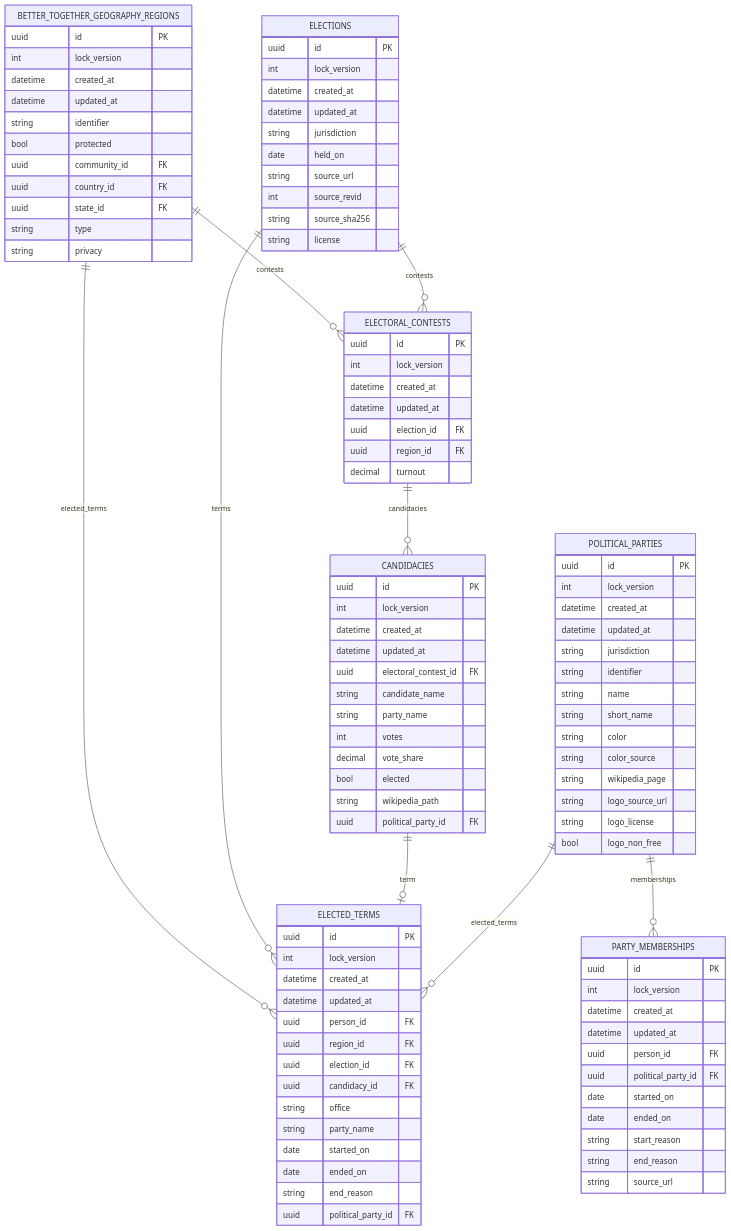
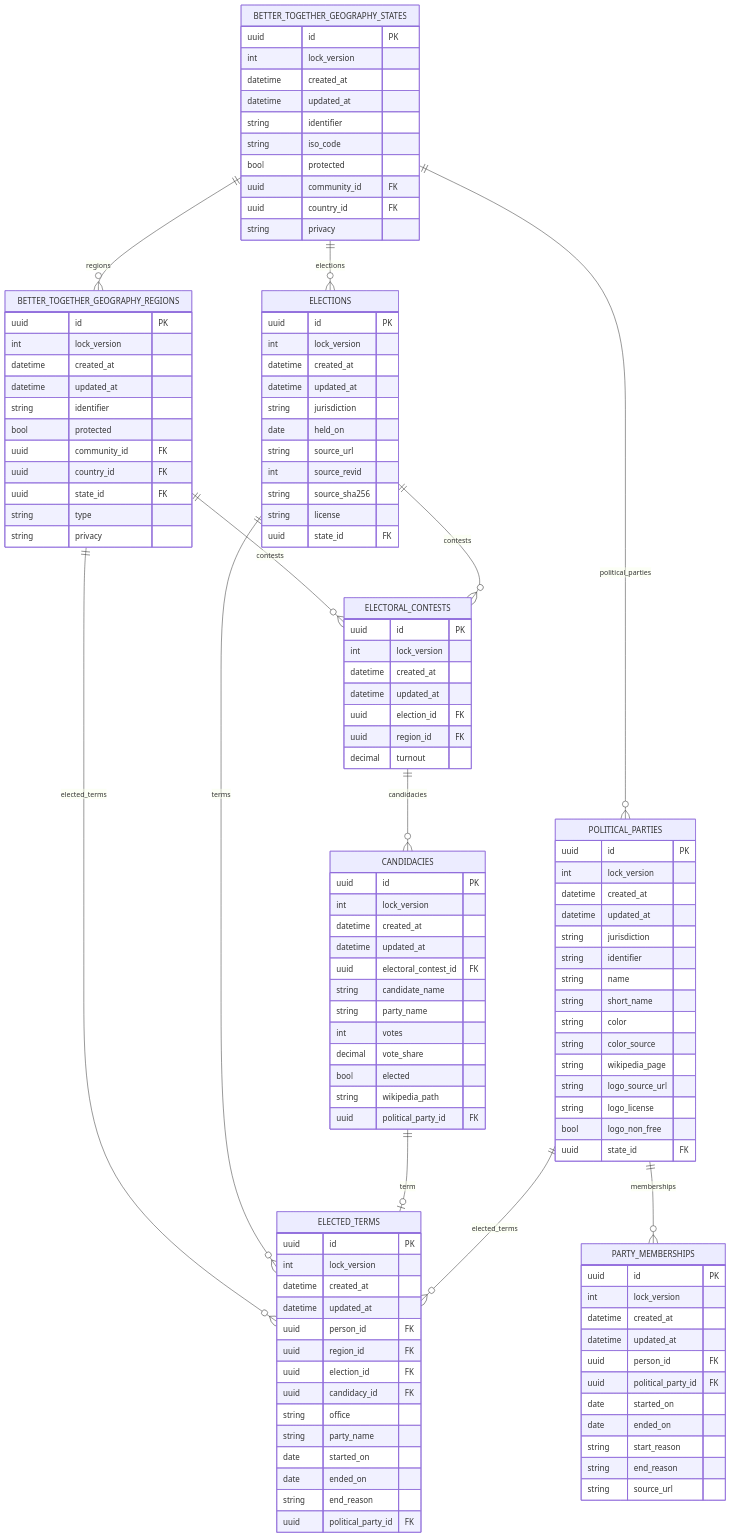
The diagram in docs/diagrams/source/nlo_elections_schema_erd.mmd (better-together-solutions/newfoundlandlabradoronline), drawn with Mermaid before and after one commit. The commit also changed 66 other files, not shown here.

```diff
--- a/docs/diagrams/source/nlo_elections_schema_erd.mmd
+++ b/docs/diagrams/source/nlo_elections_schema_erd.mmd
@@ -1,104 +1,121 @@
 %% Generated by scripts/export_diagrams.rb. Do not edit by hand.
 %% render.orientation: landscape
 erDiagram
+  BETTER_TOGETHER_GEOGRAPHY_STATES {
+    uuid id PK
+    int lock_version
+    datetime created_at
+    datetime updated_at
+    string identifier
+    string iso_code
+    bool protected
+    uuid community_id FK
+    uuid country_id FK
+    string privacy
+  }
   BETTER_TOGETHER_GEOGRAPHY_REGIONS {
     uuid id PK
     int lock_version
     datetime created_at
     datetime updated_at
     string identifier
     bool protected
     uuid community_id FK
     uuid country_id FK
     uuid state_id FK
     string type
     string privacy
   }
   ELECTIONS {
     uuid id PK
     int lock_version
     datetime created_at
     datetime updated_at
     string jurisdiction
     date held_on
     string source_url
     int source_revid
     string source_sha256
     string license
+    uuid state_id FK
   }
   ELECTORAL_CONTESTS {
     uuid id PK
     int lock_version
     datetime created_at
     datetime updated_at
     uuid election_id FK
     uuid region_id FK
     decimal turnout
   }
   CANDIDACIES {
     uuid id PK
     int lock_version
     datetime created_at
     datetime updated_at
     uuid electoral_contest_id FK
     string candidate_name
     string party_name
     int votes
     decimal vote_share
     bool elected
     string wikipedia_path
     uuid political_party_id FK
   }
   ELECTED_TERMS {
     uuid id PK
     int lock_version
     datetime created_at
     datetime updated_at
     uuid person_id FK
     uuid region_id FK
     uuid election_id FK
     uuid candidacy_id FK
     string office
     string party_name
     date started_on
     date ended_on
     string end_reason
     uuid political_party_id FK
   }
   POLITICAL_PARTIES {
     uuid id PK
     int lock_version
     datetime created_at
     datetime updated_at
     string jurisdiction
     string identifier
     string name
     string short_name
     string color
     string color_source
     string wikipedia_page
     string logo_source_url
     string logo_license
     bool logo_non_free
+    uuid state_id FK
   }
   PARTY_MEMBERSHIPS {
     uuid id PK
     int lock_version
     datetime created_at
     datetime updated_at
     uuid person_id FK
     uuid political_party_id FK
     date started_on
     date ended_on
     string start_reason
     string end_reason
     string source_url
   }
+  BETTER_TOGETHER_GEOGRAPHY_STATES ||--o{ BETTER_TOGETHER_GEOGRAPHY_REGIONS : "regions"
+  BETTER_TOGETHER_GEOGRAPHY_STATES ||--o{ POLITICAL_PARTIES : "political_parties"
+  BETTER_TOGETHER_GEOGRAPHY_STATES ||--o{ ELECTIONS : "elections"
   BETTER_TOGETHER_GEOGRAPHY_REGIONS ||--o{ ELECTORAL_CONTESTS : "contests"
   BETTER_TOGETHER_GEOGRAPHY_REGIONS ||--o{ ELECTED_TERMS : "elected_terms"
   ELECTIONS ||--o{ ELECTORAL_CONTESTS : "contests"
   ELECTIONS ||--o{ ELECTED_TERMS : "terms"
   ELECTORAL_CONTESTS ||--o{ CANDIDACIES : "candidacies"
   CANDIDACIES ||--o| ELECTED_TERMS : "term"
   POLITICAL_PARTIES ||--o{ PARTY_MEMBERSHIPS : "memberships"
   POLITICAL_PARTIES ||--o{ ELECTED_TERMS : "elected_terms"
```
